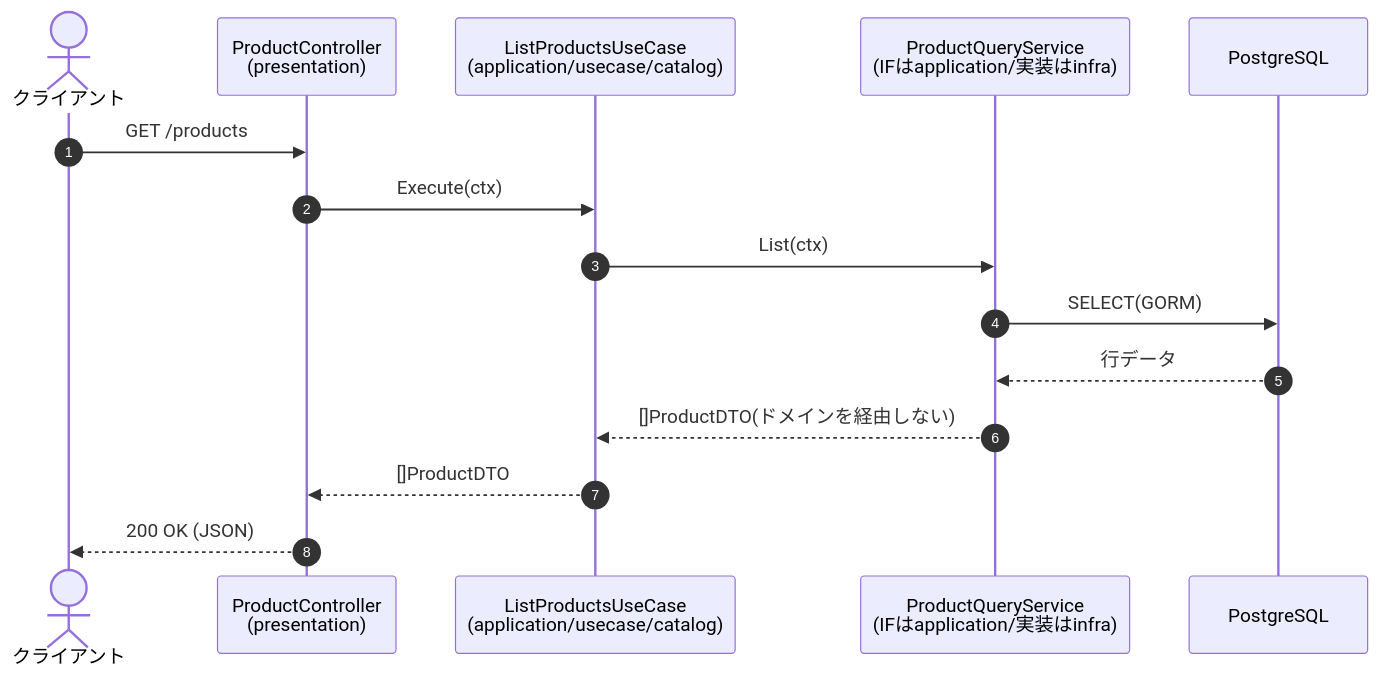
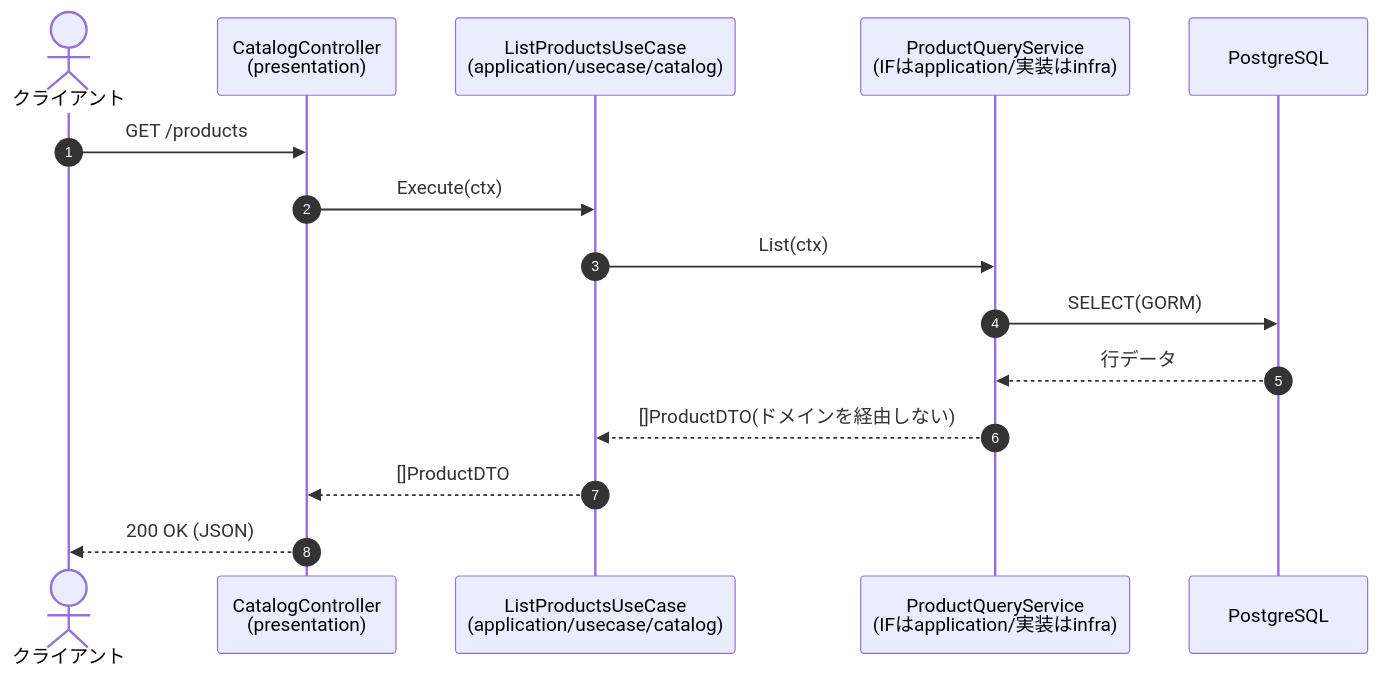
One commit to almondoo/golang-ddd-sample changed the third of 3 diagrams in docs/execution-flow.md. Above: the diagram before and after it, drawn with Mermaid. The commit also changed other lines of this file and 31 other files, not shown here.

````diff
--- a/docs/execution-flow.md
+++ b/docs/execution-flow.md
@@ -103,18 +105,18 @@
 ```mermaid
 sequenceDiagram
     autonumber
     actor C as クライアント
-    participant H as ProductController<br>(presentation)
+    participant H as CatalogController<br>(presentation)
     participant Q as ListProductsUseCase<br>(application/usecase/catalog)
     participant QS as ProductQueryService<br>(IFはapplication/実装はinfra)
     participant DB as PostgreSQL
 
     C->>H: GET /products
     H->>Q: Execute(ctx)
     Q->>QS: List(ctx)
     QS->>DB: SELECT(GORM)
     DB-->>QS: 行データ
     QS-->>Q: []ProductDTO(ドメインを経由しない)
     Q-->>H: []ProductDTO
     H-->>C: 200 OK (JSON)
 ```
````
